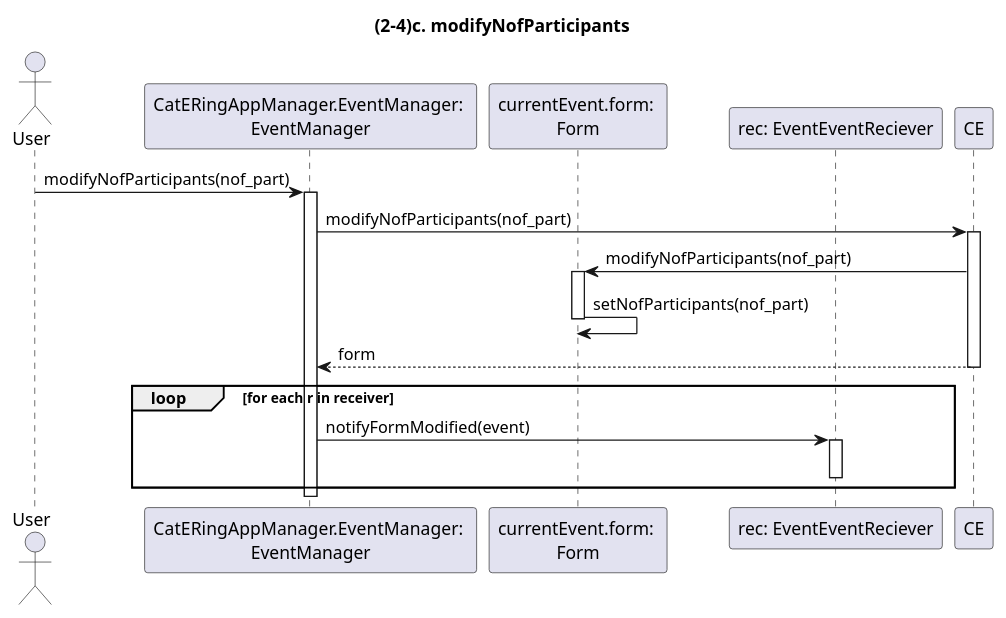
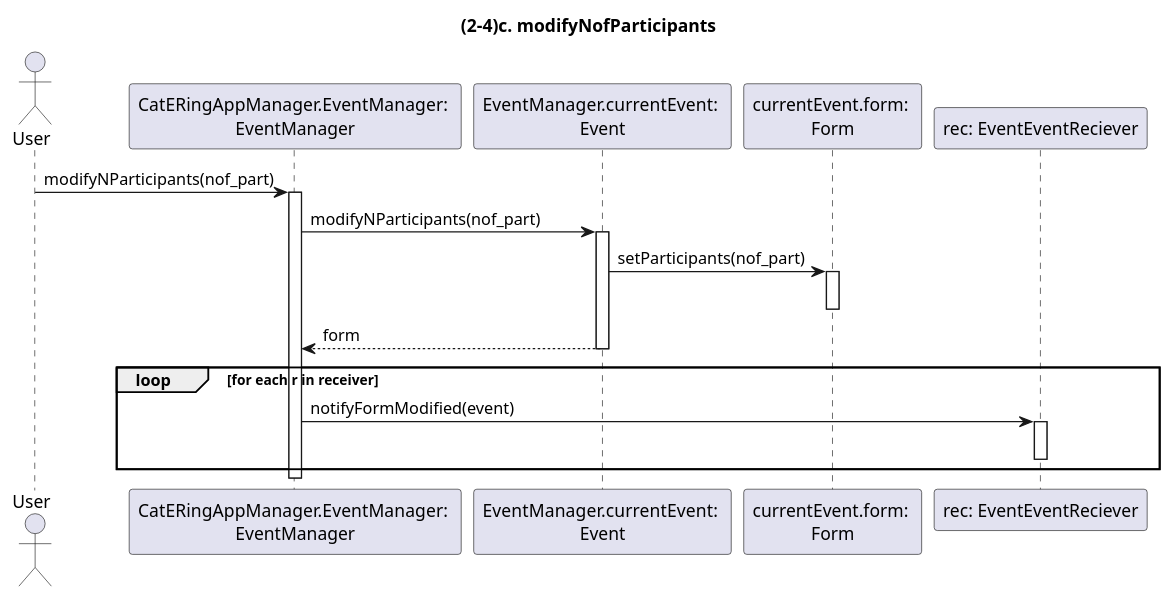
Before and after one commit to m0canu1/sas: the diagram in dsd/dsd-eventi/estensioniEcc/924c-modifyNofParticipants.md, drawn with PlantUML. The commit also changed 7 other files, not shown here.

````diff
--- a/dsd/dsd-eventi/estensioniEcc/924c-modifyNofParticipants.md
+++ b/dsd/dsd-eventi/estensioniEcc/924c-modifyNofParticipants.md
@@ -1,31 +1,31 @@
 ```plantuml
 
 title: (2-4)c. modifyNofParticipants
 
 Actor User
 Participant "CatERingAppManager.EventManager: \nEventManager" as EM
+Participant "EventManager.currentEvent: \nEvent" as CE
 Participant "currentEvent.form: \nForm" as FM
 Participant "rec: EventEventReciever" as EER
 
-User -> EM: modifyNofParticipants(nof_part)
+User -> EM: modifyNParticipants(nof_part)
 Activate EM
 
-EM -> CE: modifyNofParticipants(nof_part)
+EM -> CE: modifyNParticipants(nof_part)
 Activate CE
-CE -> FM: modifyNofParticipants(nof_part)
+CE -> FM: setParticipants(nof_part)
 Activate FM
-FM -> FM: setNofParticipants(nof_part)
 Deactivate FM
 CE --> EM: form
 Deactivate CE
 
 loop for each r in receiver
     EM -> EER: notifyFormModified(event)
     Activate EER
     Deactivate EER
 end
 
 Deactivate EM
 
 
 ```
````
